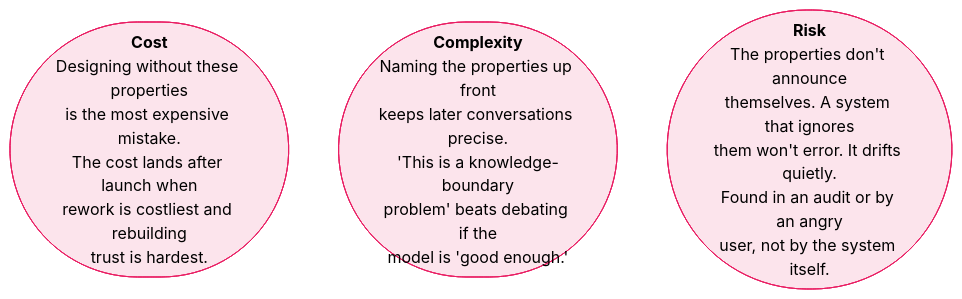
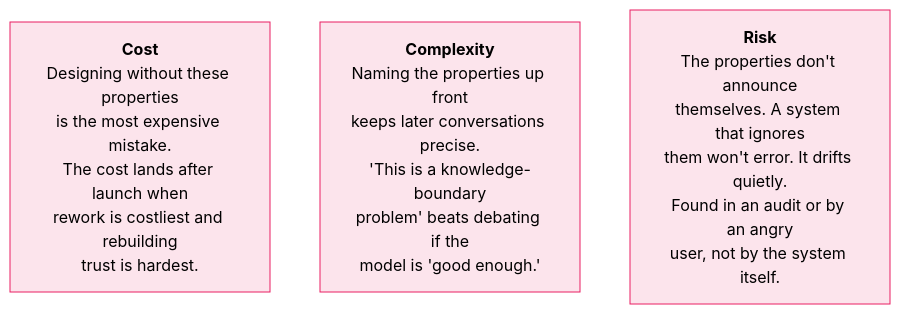
The seventh of 8 diagrams in Professional/01-Claude-Platform-and-Solution-Design/01-How-Claude-Behaves.md (shreyabaid007/Claude-Certified-Architect), drawn with Mermaid before and after one commit. The commit also changed 1 other file, not shown here.

Commit message:
Switch Cost/Complexity/Risk to standard rectangular boxes
Replace stadium/pill shapes with regular box nodes for consistency
with all other diagram nodes.

````diff
--- a/Professional/01-Claude-Platform-and-Solution-Design/01-How-Claude-Behaves.md
+++ b/Professional/01-Claude-Platform-and-Solution-Design/01-How-Claude-Behaves.md
@@ -138,10 +138,10 @@
 ```mermaid
 flowchart LR
     classDef risk fill:#fce4ec,stroke:#e91e63,color:#000
 
-    C(["<b>Cost</b><br/>Designing without these properties<br/>is the most expensive mistake.<br/>The cost lands after launch when<br/>rework is costliest and rebuilding<br/>trust is hardest."]):::risk
-    X(["<b>Complexity</b><br/>Naming the properties up front<br/>keeps later conversations precise.<br/>'This is a knowledge-boundary<br/>problem' beats debating if the<br/>model is 'good enough.'"]):::risk
-    R(["<b>Risk</b><br/>The properties don't announce<br/>themselves. A system that ignores<br/>them won't error. It drifts quietly.<br/>Found in an audit or by an angry<br/>user, not by the system itself."]):::risk
+    C["<b>Cost</b><br/>Designing without these properties<br/>is the most expensive mistake.<br/>The cost lands after launch when<br/>rework is costliest and rebuilding<br/>trust is hardest."]:::risk
+    X["<b>Complexity</b><br/>Naming the properties up front<br/>keeps later conversations precise.<br/>'This is a knowledge-boundary<br/>problem' beats debating if the<br/>model is 'good enough.'"]:::risk
+    R["<b>Risk</b><br/>The properties don't announce<br/>themselves. A system that ignores<br/>them won't error. It drifts quietly.<br/>Found in an audit or by an angry<br/>user, not by the system itself."]:::risk
 
     C ~~~ X ~~~ R
 ```
````
